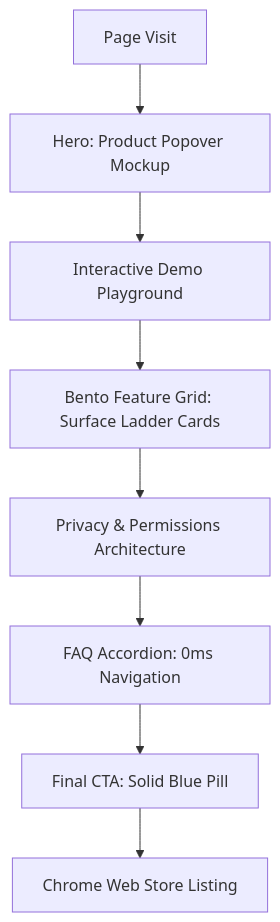
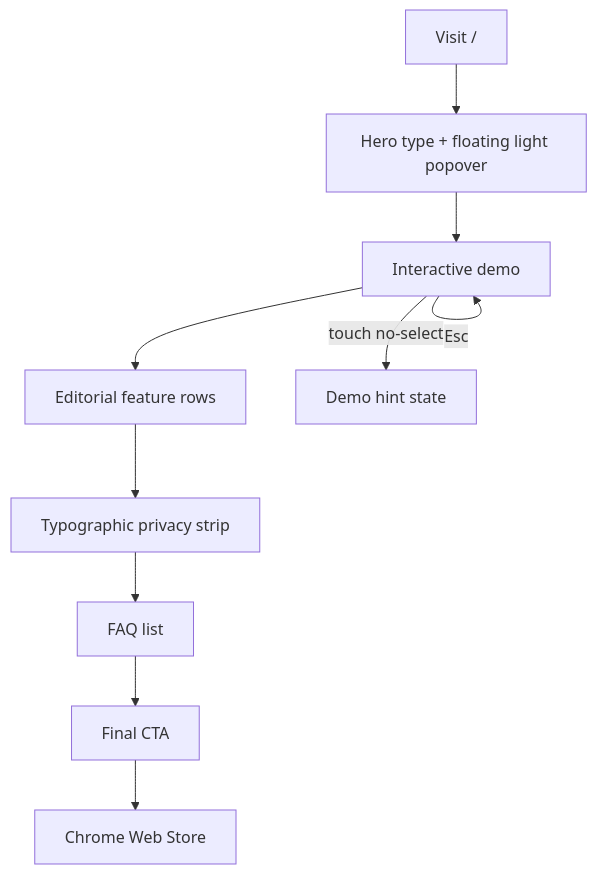
The diagram in specs/landing-ui-spec.md (Long104/AI-Clipboard-extension), drawn with Mermaid before and after one commit. The commit also changed other lines of this file, not shown here.

Commit message:
docs: white editorial Apple-style UI spec (SF Pro, spacious, no card grid)

````diff
--- a/specs/landing-ui-spec.md
+++ b/specs/landing-ui-spec.md
@@ -409,10 +419,12 @@
 ```mermaid
 flowchart TD
-    A[Page Visit] --> B[Hero: Product Popover Mockup]
-    B --> C[Interactive Demo Playground]
-    C --> D[Bento Feature Grid: Surface Ladder Cards]
-    D --> E[Privacy & Permissions Architecture]
-    E --> F[FAQ Accordion: 0ms Navigation]
-    F --> G[Final CTA: Solid Blue Pill]
-    G --> H[Chrome Web Store Listing]
+    A[Visit /] --> B[Hero type + floating light popover]
+    B --> C[Interactive demo]
+    C --> D[Editorial feature rows]
+    D --> E[Typographic privacy strip]
+    E --> F[FAQ list]
+    F --> G[Final CTA]
+    G --> H[Chrome Web Store]
+    C -->|Esc| C
+    C -->|touch no-select| CEmpty[Demo hint state]
 ```
````
